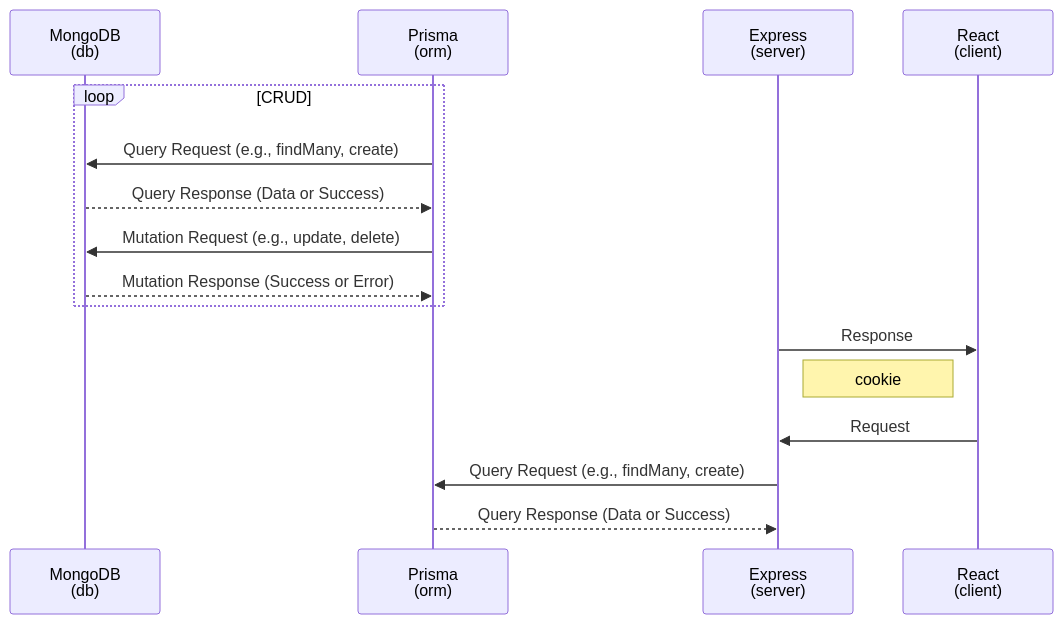
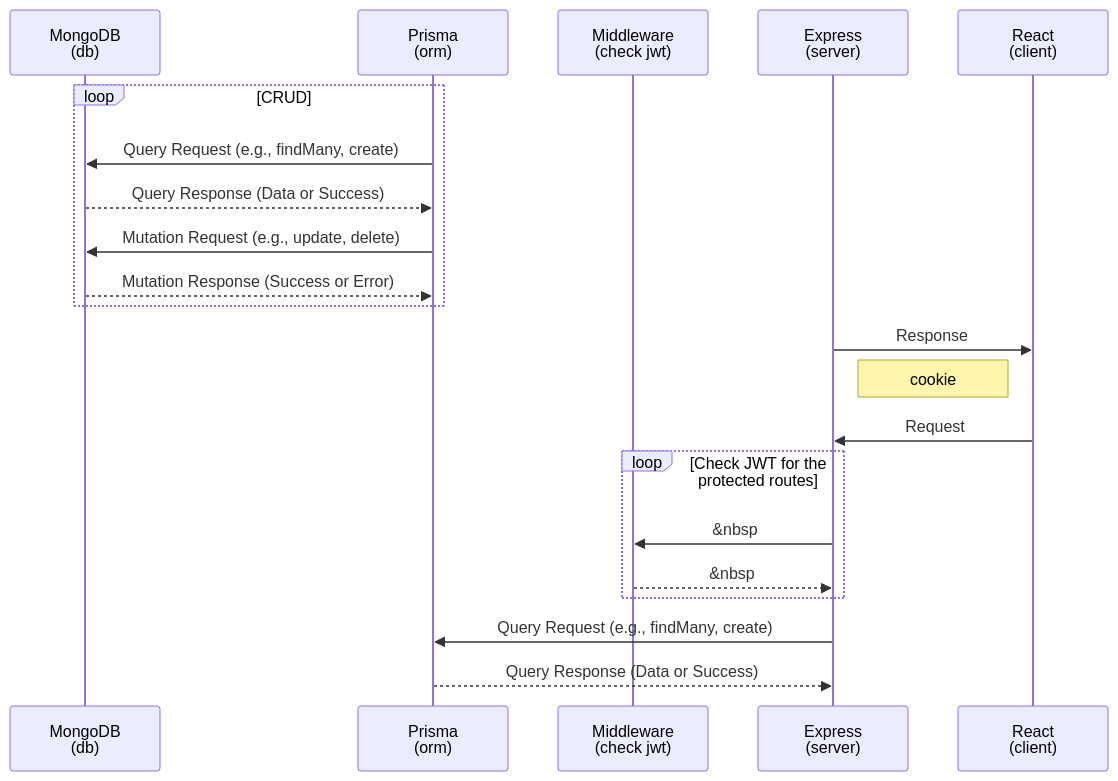
The second of 2 diagrams in README.md (Louis-jk/full-stack-estate), drawn with Mermaid before and after one commit.

Commit message:
sequence update

````diff
--- a/README.md
+++ b/README.md
@@ -122,24 +122,30 @@
 ```mermaid
 sequenceDiagram
     participant M as MongoDB<br />(db)
     participant P as Prisma<br />(orm)
+    participant W as Middleware<br />(check jwt)
     participant E as Express<br />(server)
     participant R as React<br />(client)
+
 
     loop CRUD
         P->>M: Query Request (e.g., findMany, create)
         M-->>P: Query Response (Data or Success)
 
         P->>M: Mutation Request (e.g., update, delete)
         M-->>P: Mutation Response (Success or Error)
     end
 
     E->>R: Response
     Note left of R: cookie
     R->>E: Request
 
+    loop Check JWT for the protected routes
+        E->>W: &nbsp;
+        W-->>E: &nbsp;
+    end
 
     E->>P: Query Request (e.g., findMany, create)
     P-->>E: Query Response (Data or Success)
 
 ```
````
